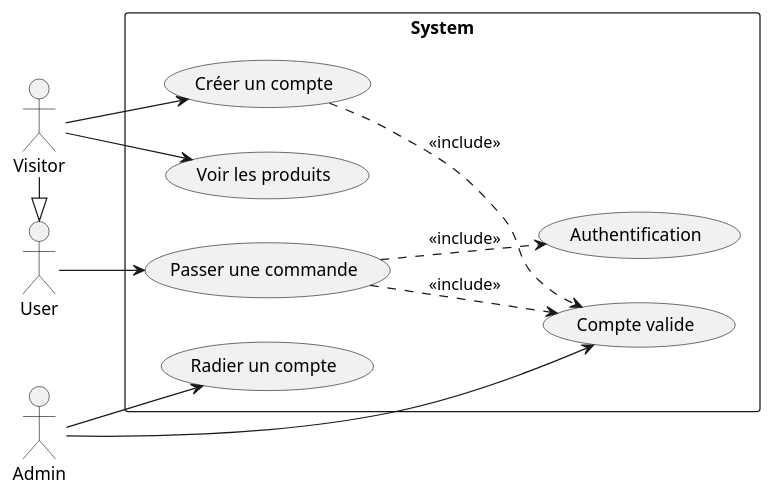
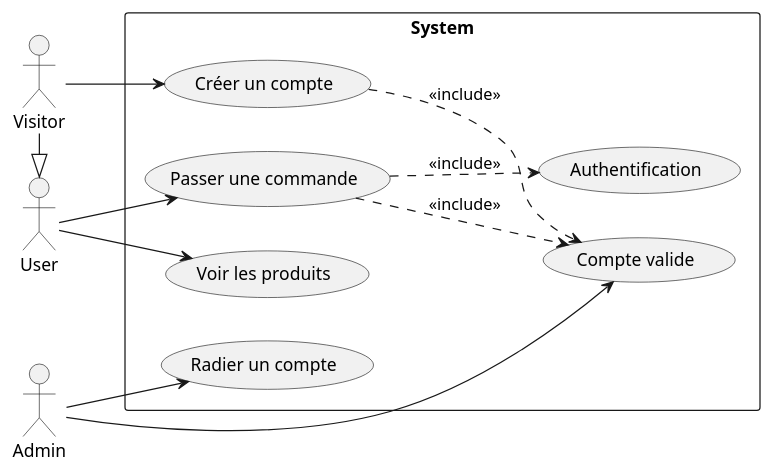
The diagram in UseCase/AccountCreation.puml (MehediT/BoutiqueLigneAudiovisuels), drawn with PlantUML before and after one commit. The commit also changed 1 other file, not shown here.

Commit message:
Si un visiteur est un user il peut visualiser, et user peut visualise (avant ct que visitor)

```diff
--- a/UseCase/AccountCreation.puml
+++ b/UseCase/AccountCreation.puml
@@ -1,33 +1,33 @@
 @startuml
 
 left to right direction
 
 actor "Visitor" as Visitor
 actor "User" as User
 actor "Admin" as Admin
 rectangle "System" as System {
     usecase "Voir les produits" as UC_ViewProducts
     usecase "Passer une commande" as UC_PlaceOrder
     usecase "Créer un compte" as UC_CreateAccount
     usecase "Compte valide" as UC_ValidateAccount
     usecase "Radier un compte" as UC_DeleteAccount
     usecase "Authentification" as UC_Authenticate
 }
 
 Visitor -|> User
 
-Visitor --> UC_ViewProducts
+User --> UC_ViewProducts
 Visitor --> UC_CreateAccount
 
 
 User --> UC_PlaceOrder
 
 
 Admin --> UC_ValidateAccount
 Admin --> UC_DeleteAccount
 
 UC_PlaceOrder ..> UC_Authenticate :<<include>>
 UC_CreateAccount ..> UC_ValidateAccount :<<include>>
 UC_PlaceOrder ..> UC_ValidateAccount :<<include>>
 
 @enduml
```
